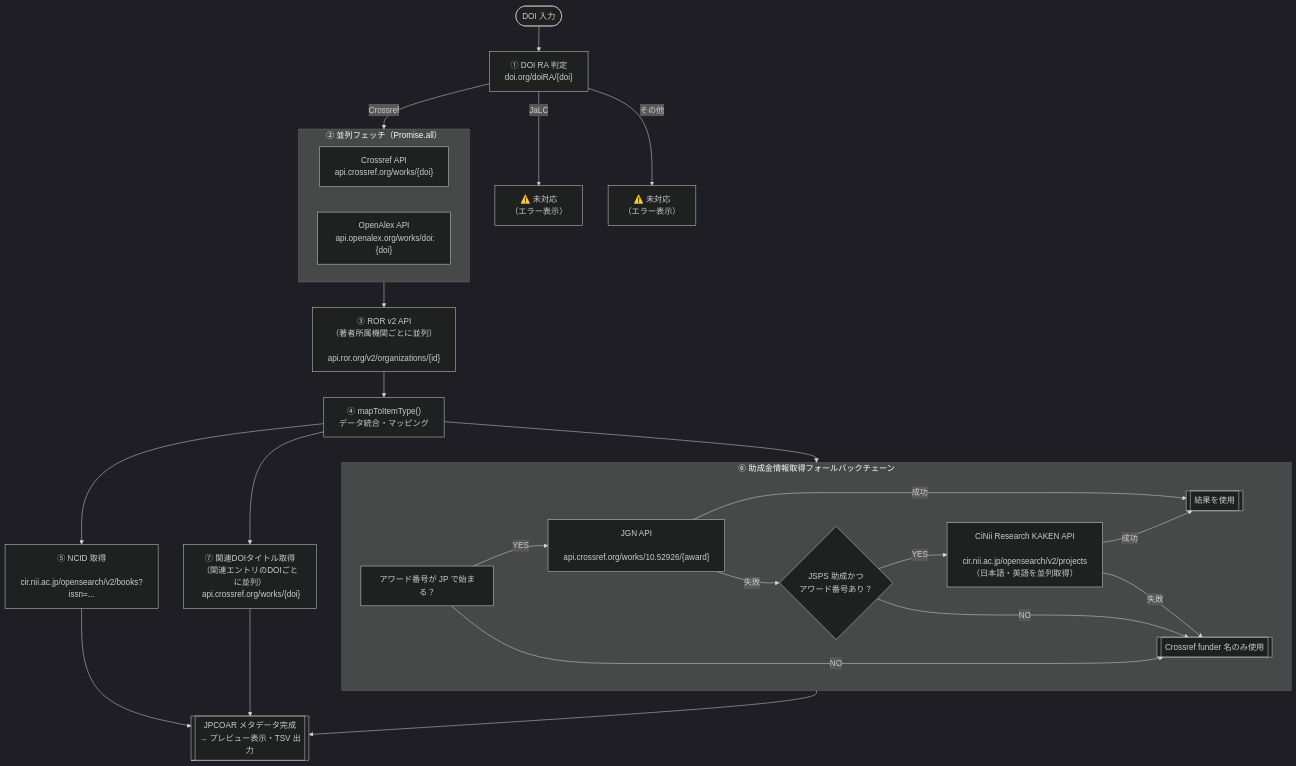
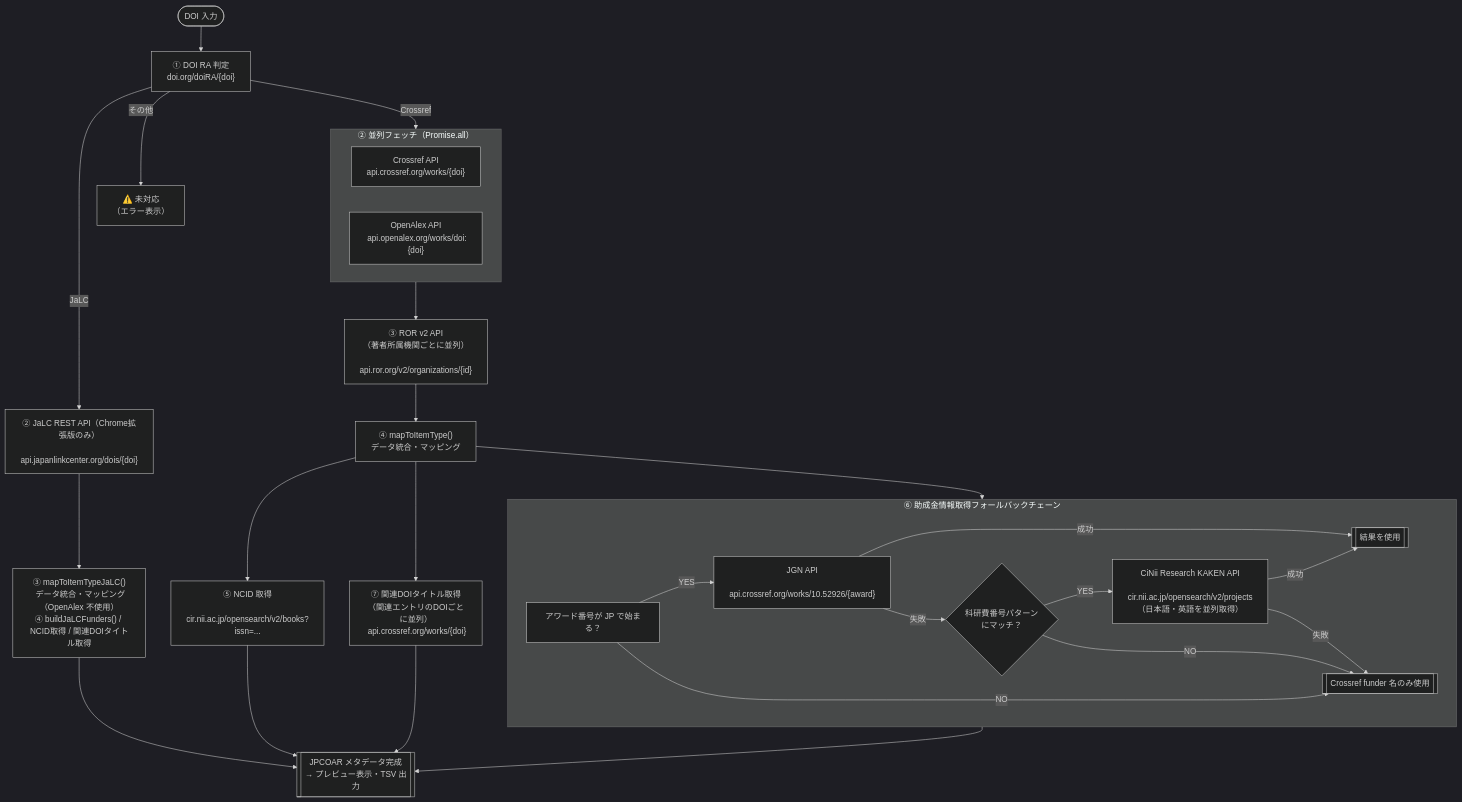
One commit to tzhaya/jc-import-file-maker changed the diagram in api-flow.md. Above: the diagram before and after it, drawn with Mermaid (dark theme). The commit also changed other lines of this file and 2 other files, not shown here.

````diff
--- a/api-flow.md
+++ b/api-flow.md
@@ -11,35 +11,37 @@
 ```mermaid
 flowchart TD
     A([DOI 入力]) --> B["① DOI RA 判定\n doi.org/doiRA/{doi}"]
     B -->|Crossref| C
-    B -->|JaLC| Z1["⚠️ 未対応\n（エラー表示）"]
+    B -->|JaLC| J["② JaLC REST API（Chrome拡張版のみ）\n api.japanlinkcenter.org/dois/{doi}"]
     B -->|その他| Z2["⚠️ 未対応\n（エラー表示）"]
 
     subgraph C["② 並列フェッチ（Promise.all）"]
         C1["Crossref API\n api.crossref.org/works/{doi}"]
         C2["OpenAlex API\n api.openalex.org/works/doi:{doi}"]
     end
 
     C --> D["③ ROR v2 API\n（著者所属機関ごとに並列）\n api.ror.org/v2/organizations/{id}"]
     D --> E["④ mapToItemType()\n データ統合・マッピング"]
+    J --> EJ["③ mapToItemTypeJaLC()\n データ統合・マッピング（OpenAlex 不使用）\n④ buildJaLCFunders() / NCID取得 / 関連DOIタイトル取得"]
 
     E --> F["⑤ NCID 取得\n cir.nii.ac.jp/opensearch/v2/books?issn=..."]
     E --> G["⑥ 助成金情報取得\n（アワード番号ごとに並列）"]
     E --> H["⑦ 関連DOIタイトル取得\n（関連エントリのDOIごとに並列）\n api.crossref.org/works/{doi}"]
 
     subgraph G["⑥ 助成金情報取得フォールバックチェーン"]
         G1["アワード番号が JP で始まる？"]
         G1 -->|YES| G2["JGN API\n api.crossref.org/works/10.52926/{award}"]
         G2 -->|成功| G5[["結果を使用"]]
-        G2 -->|失敗| G3{"JSPS 助成かつ\nアワード番号あり？"}
+        G2 -->|失敗| G3{"科研費番号パターン\nにマッチ？"}
         G3 -->|YES| G4["CiNii Research KAKEN API\n cir.nii.ac.jp/opensearch/v2/projects\n（日本語・英語を並列取得）"]
         G4 -->|成功| G5
         G4 -->|失敗| G6[["Crossref funder 名のみ使用"]]
         G1 -->|NO| G6
         G3 -->|NO| G6
     end
 
     F --> I[["JPCOAR メタデータ完成\n→ プレビュー表示・TSV 出力"]]
     G --> I
     H --> I
+    EJ --> I
 ```
````
